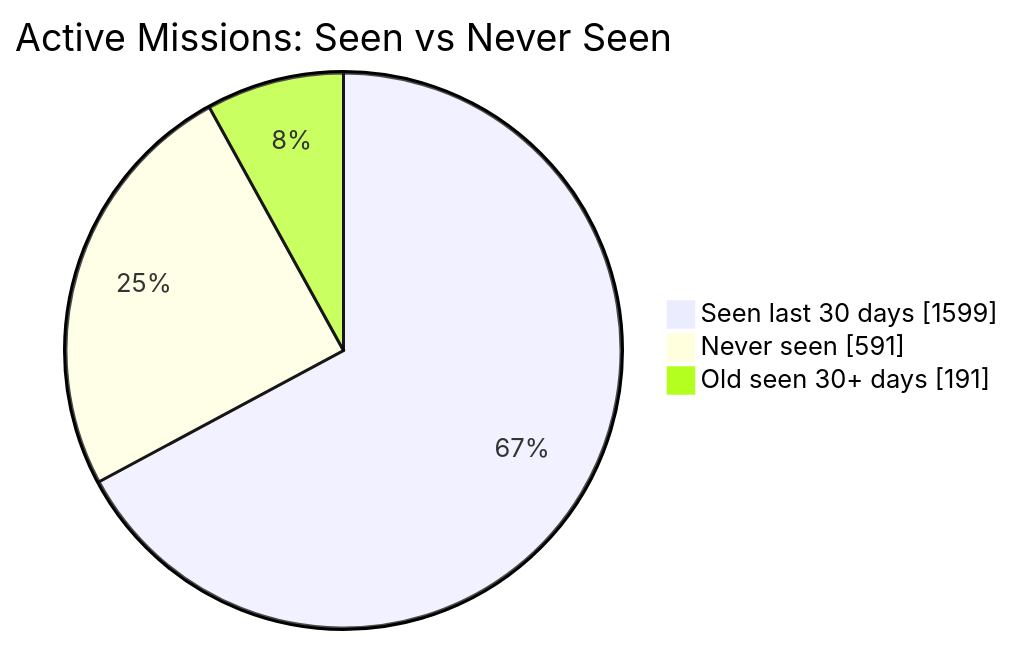
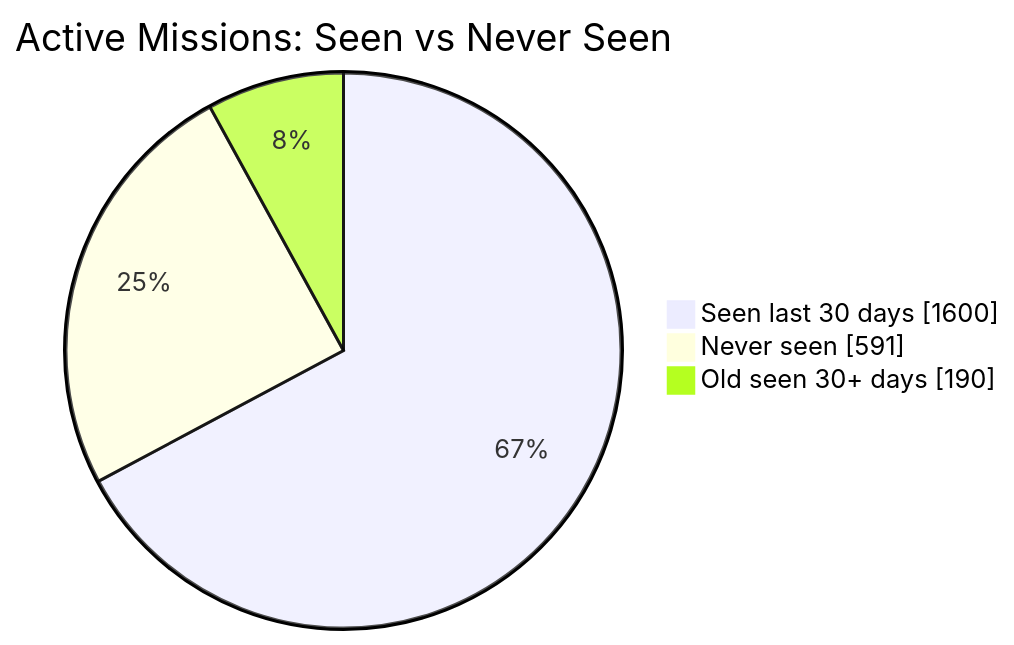
The first of 2 diagrams in README.md (MeldkamerspelGameTeam/active-missions), drawn with Mermaid before and after one commit. The commit also changed other lines of this file and 3 other files, not shown here.

````diff
--- a/README.md
+++ b/README.md
@@ -34,7 +34,7 @@
 ```mermaid
 pie showData
     title Active Missions: Seen vs Never Seen
-    "Seen last 30 days" : 1599
+    "Seen last 30 days" : 1600
     "Never seen" : 591
-    "Old seen 30+ days" : 191
+    "Old seen 30+ days" : 190
 ```
````
